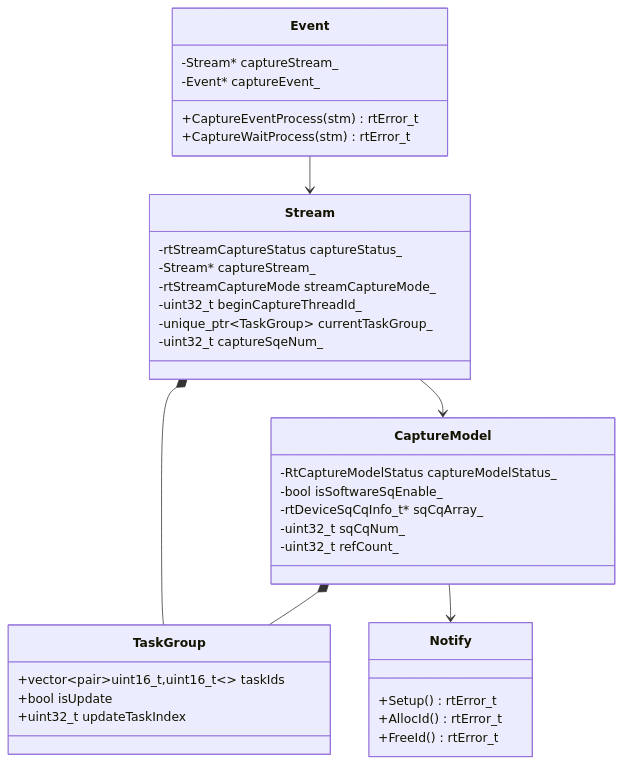
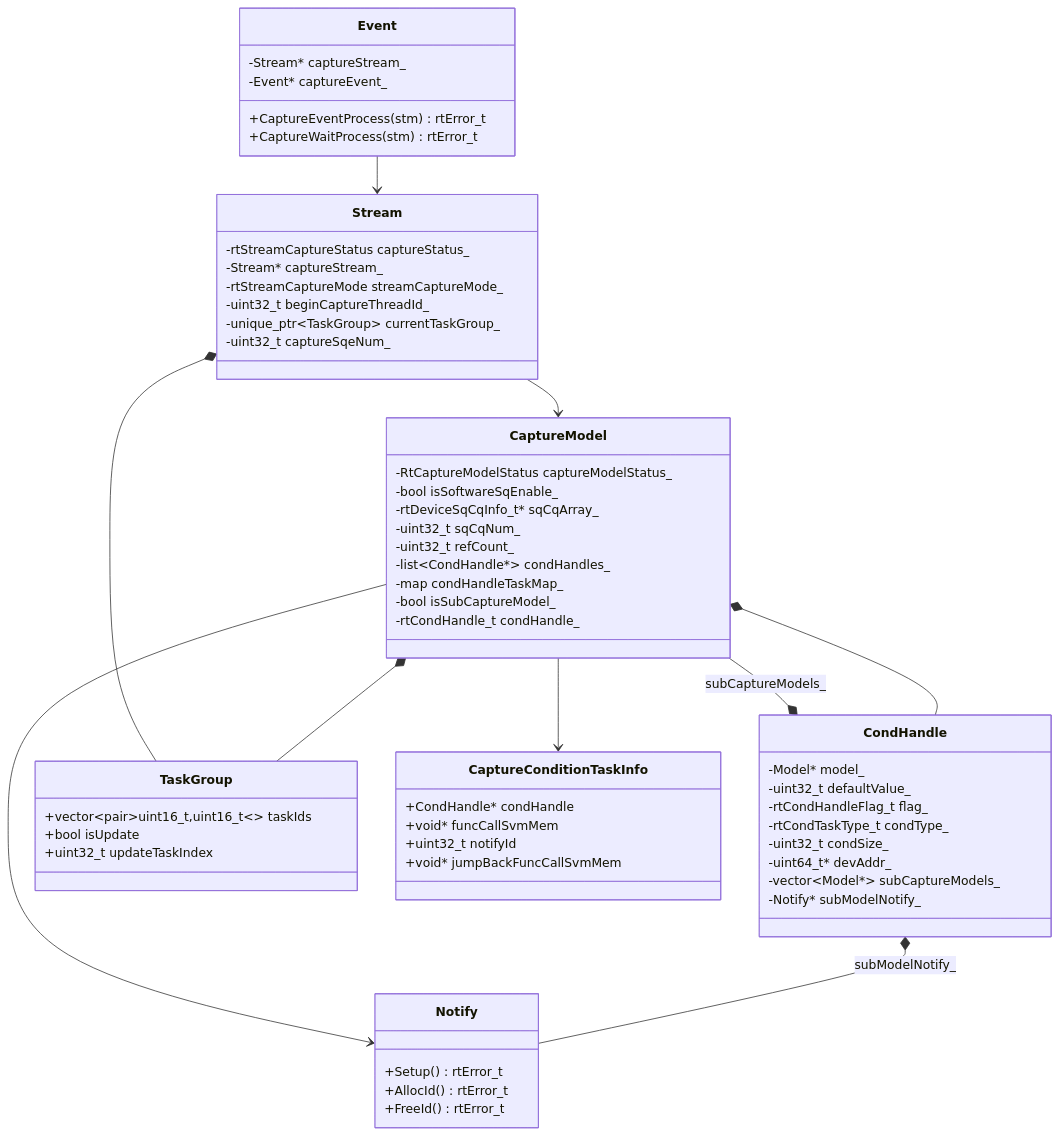
Before and after one commit to 18liumin/runtime: diagram 13 of 15 in docs/design/features/aclgraph.md, drawn with Mermaid. The commit also changed other lines of this file, not shown here.

First line of the commit message:
【PR】: 简要描述 aclgraph cond design描述

````diff
--- a/docs/design/features/aclgraph.md
+++ b/docs/design/features/aclgraph.md
@@ -805,44 +1234,70 @@
 ```mermaid
 classDiagram
     class CaptureModel {
         -RtCaptureModelStatus captureModelStatus_
         -bool isSoftwareSqEnable_
         -rtDeviceSqCqInfo_t* sqCqArray_
         -uint32_t sqCqNum_
         -uint32_t refCount_
+        -list~CondHandle*~ condHandles_
+        -map condHandleTaskMap_
+        -bool isSubCaptureModel_
+        -rtCondHandle_t condHandle_
+    }
+    
+    class CondHandle {
+        -Model* model_
+        -uint32_t defaultValue_
+        -rtCondHandleFlag_t flag_
+        -rtCondTaskType_t condType_
+        -uint32_t condSize_
+        -uint64_t* devAddr_
+        -vector~Model*~ subCaptureModels_
+        -Notify* subModelNotify_
     }
     
     class TaskGroup {
         +vector~pair~uint16_t,uint16_t~~ taskIds
         +bool isUpdate
         +uint32_t updateTaskIndex
     }
     
     class Stream {
         -rtStreamCaptureStatus captureStatus_
         -Stream* captureStream_
         -rtStreamCaptureMode streamCaptureMode_
         -uint32_t beginCaptureThreadId_
         -unique_ptr~TaskGroup~ currentTaskGroup_
         -uint32_t captureSqeNum_
     }
     
     class Event {
         -Stream* captureStream_
         -Event* captureEvent_
         +CaptureEventProcess(stm) rtError_t
         +CaptureWaitProcess(stm) rtError_t
     }
     
     class Notify {
         +Setup() rtError_t
         +AllocId() rtError_t
         +FreeId() rtError_t
     }
     
+    class CaptureConditionTaskInfo {
+        +CondHandle* condHandle
+        +void* funcCallSvmMem
+        +uint32_t notifyId
+        +void* jumpBackFuncCallSvmMem
+    }
+    
     CaptureModel *-- TaskGroup
+    CaptureModel *-- CondHandle
+    CondHandle *-- CaptureModel : subCaptureModels_
+    CondHandle *-- Notify : subModelNotify_
     Stream *-- TaskGroup
     Stream --> CaptureModel
     Event --> Stream
     CaptureModel --> Notify
+    CaptureModel --> CaptureConditionTaskInfo
 ```
````
